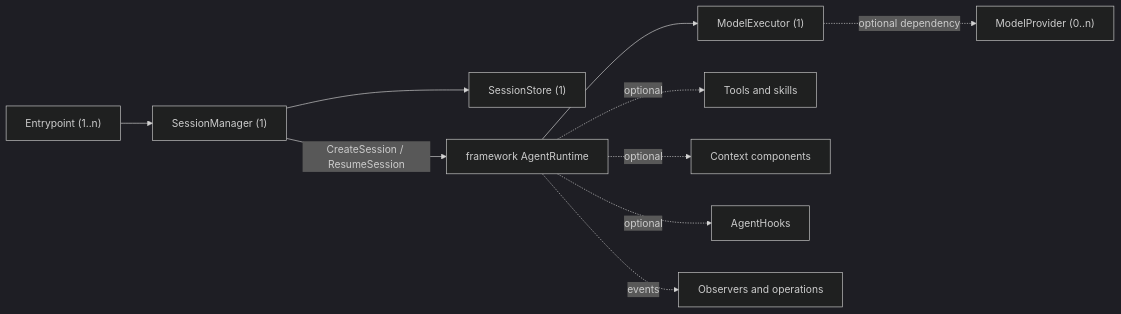
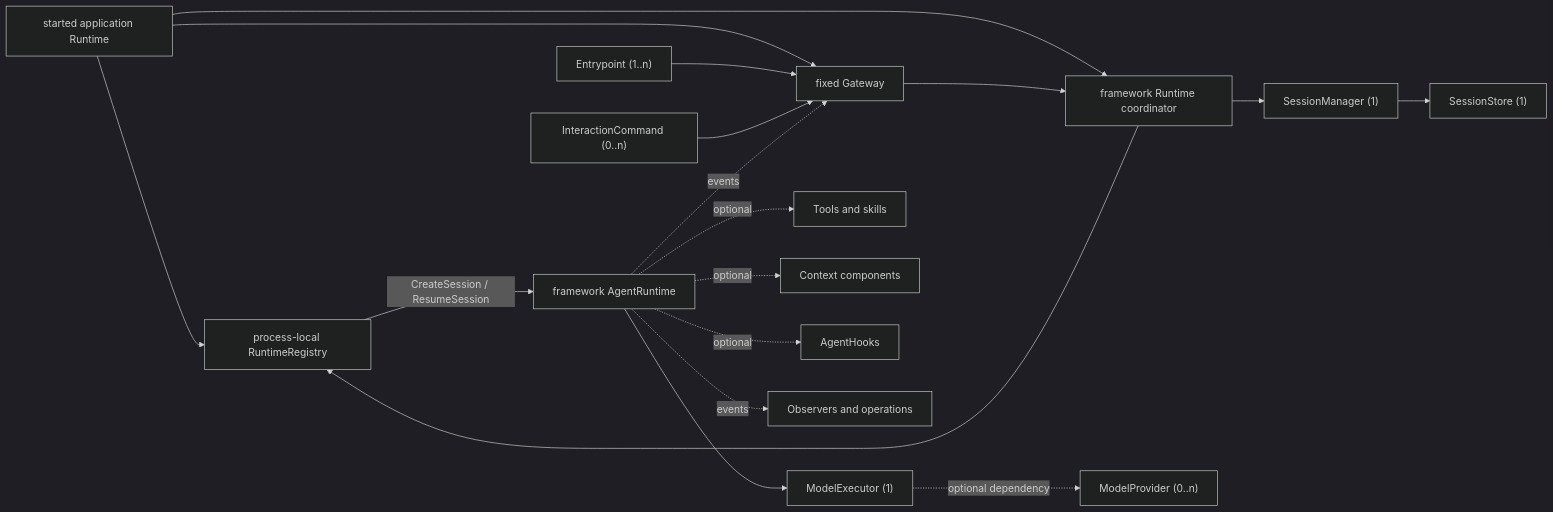
One commit to LyleLiu666/agentSlot changed the diagram in COMPONENT_MAP.md. Above: the diagram before and after it, drawn with Mermaid (dark theme). The commit also changed other lines of this file and 8 other files, not shown here.

Commit message:
docs: establish complete agent architecture baseline

````diff
--- a/COMPONENT_MAP.md
+++ b/COMPONENT_MAP.md
@@ -78,12 +103,20 @@
 ```mermaid
 flowchart LR
-    E["Entrypoint (1..n)"] --> SM["SessionManager (1)"]
+    AR["started application Runtime"] --> REG["process-local RuntimeRegistry"]
+    AR --> RC["framework Runtime coordinator"]
+    AR --> G["fixed Gateway"]
+    RC --> REG
+    E["Entrypoint (1..n)"] --> G
+    IC["InteractionCommand (0..n)"] --> G
+    G --> RC
+    RC --> SM["SessionManager (1)"]
     SM --> SS["SessionStore (1)"]
-    SM -->|"CreateSession / ResumeSession"| R["framework AgentRuntime"]
+    REG -->|"CreateSession / ResumeSession"| R["framework AgentRuntime"]
     R --> ME["ModelExecutor (1)"]
     ME -. "optional dependency" .-> MP["ModelProvider (0..n)"]
     R -. "optional" .-> T["Tools and skills"]
     R -. "optional" .-> C["Context components"]
     R -. "optional" .-> H["AgentHooks"]
+    R -. "events" .-> G
     R -. "events" .-> O["Observers and operations"]
 ```
````
